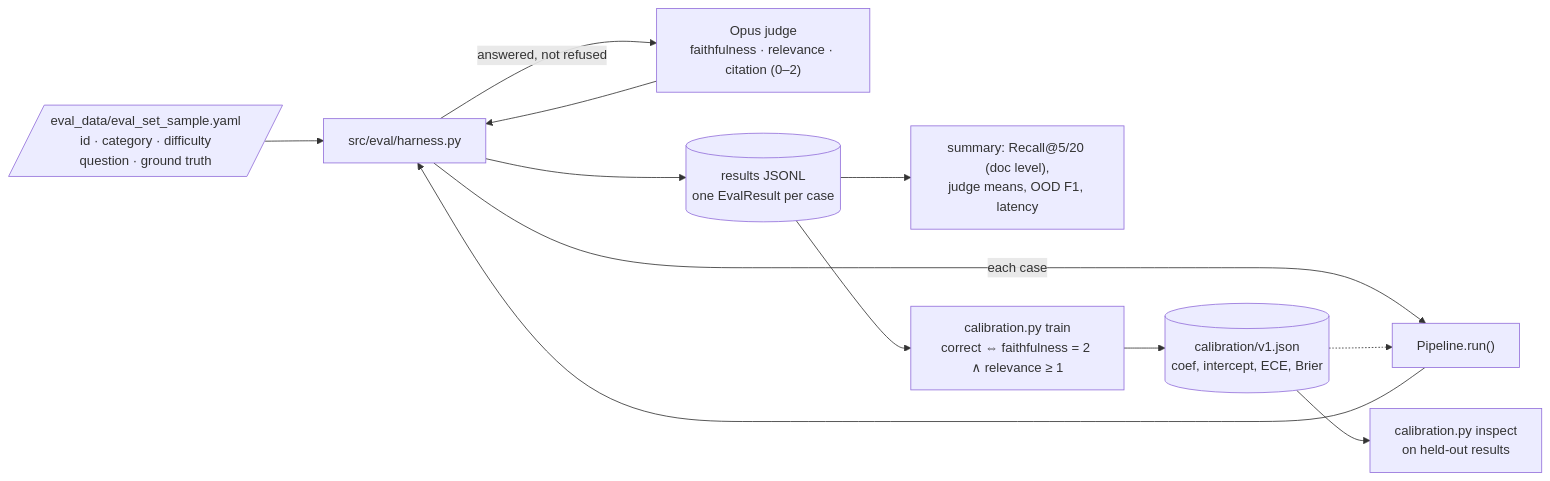
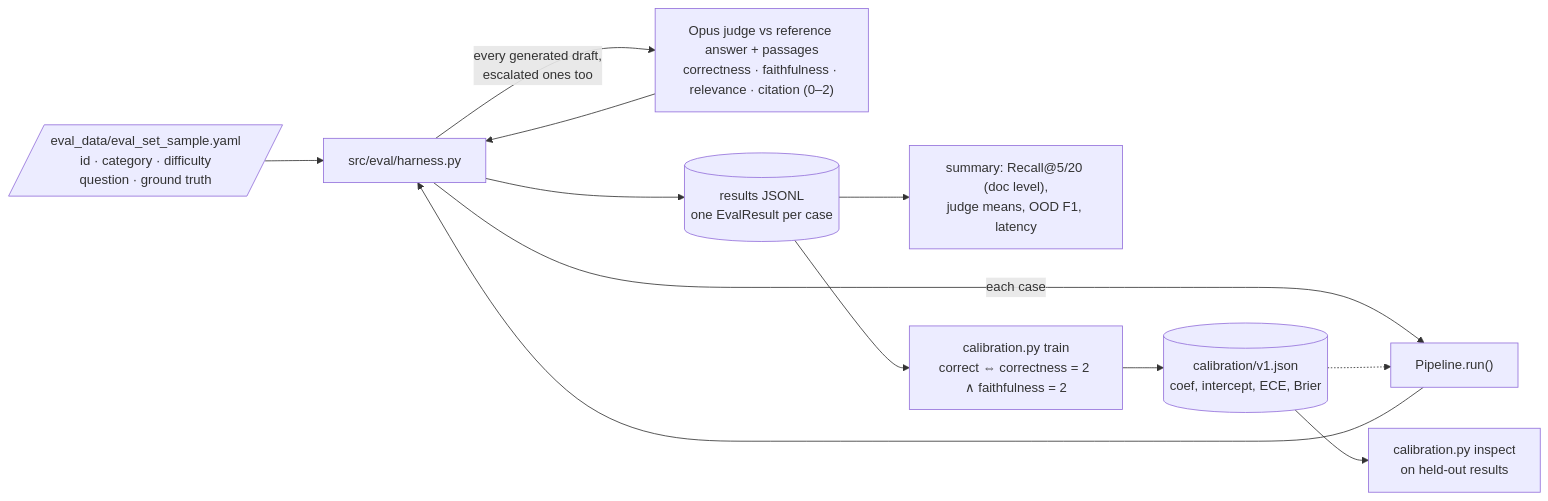
One commit to drealchux/troa changed the eighth of 9 diagrams in ARCHITECTURE.md. Above: the diagram before and after it, drawn with Mermaid. The commit also changed other lines of this file and 18 other files, not shown here.

````diff
--- a/ARCHITECTURE.md
+++ b/ARCHITECTURE.md
@@ -397,14 +399,14 @@
 ```mermaid
 flowchart LR
     ES[/"eval_data/eval_set_sample.yaml<br/>id · category · difficulty<br/>question · ground truth"/] --> H["src/eval/harness.py"]
     H -->|"each case"| PL["Pipeline.run()"]
     PL --> H
-    H -->|"answered, not refused"| J["Opus judge<br/>faithfulness · relevance · citation (0–2)"]
+    H -->|"every generated draft,<br/>escalated ones too"| J["Opus judge vs reference answer + passages<br/>correctness · faithfulness · relevance · citation (0–2)"]
     J --> H
     H --> OUT[("results JSONL<br/>one EvalResult per case")]
     OUT --> SUM["summary: Recall@5/20 (doc level),<br/>judge means, OOD F1, latency"]
-    OUT --> CT["calibration.py train<br/>correct ⇔ faithfulness = 2 ∧ relevance ≥ 1"]
+    OUT --> CT["calibration.py train<br/>correct ⇔ correctness = 2 ∧ faithfulness = 2"]
     CT --> CJ[("calibration/v1.json<br/>coef, intercept, ECE, Brier")]
     CJ --> CI["calibration.py inspect<br/>on held-out results"]
     CJ -.-> PL
 ```
````
